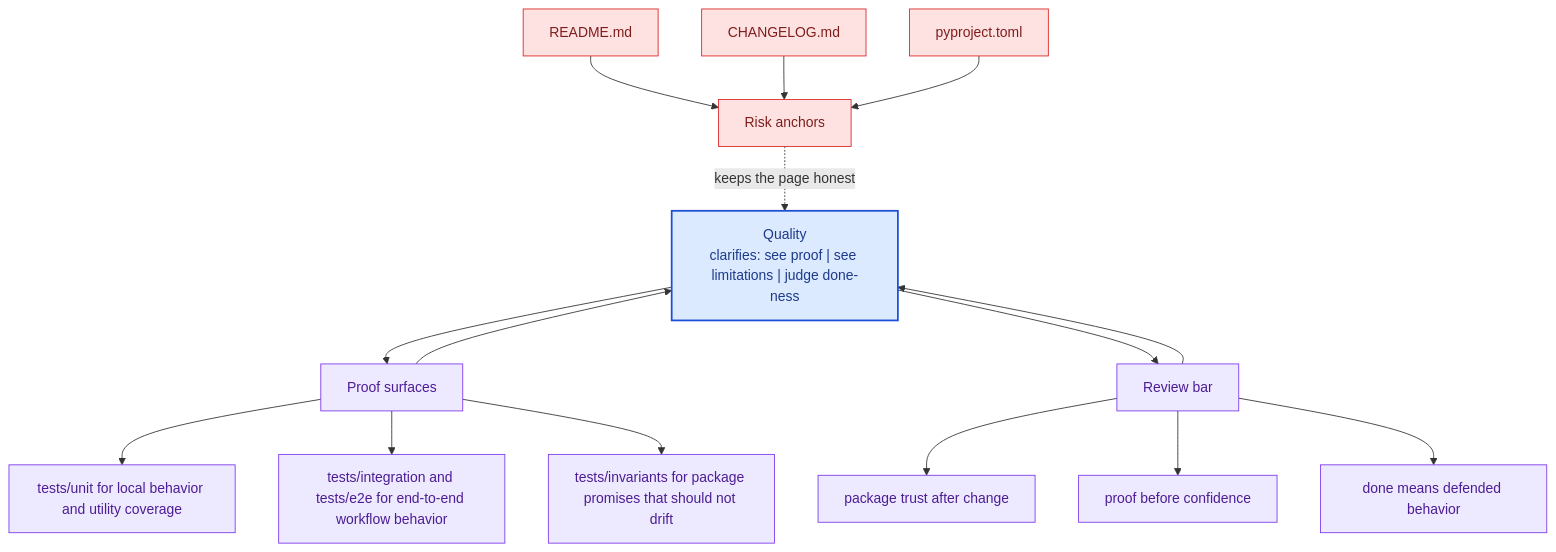
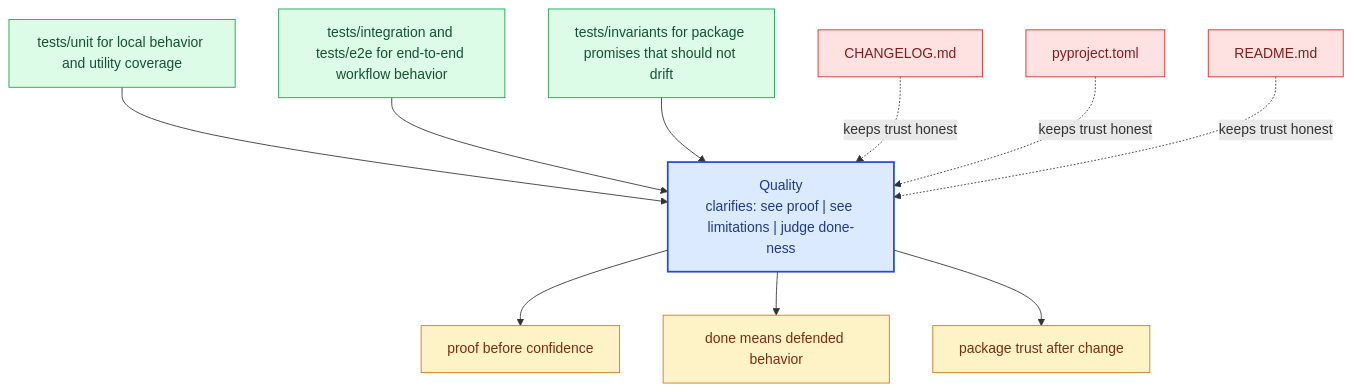
One commit to bijux/bijux-canon changed the diagram in docs/bijux-canon-agent/quality/index.md. Above: the diagram before and after it, drawn with Mermaid. The commit also changed other lines of this file and 281 other files, not shown here.

Commit message:
docs(diagrams): replace repeated mermaid scaffolds with page-specific summaries

````diff
--- a/docs/bijux-canon-agent/quality/index.md
+++ b/docs/bijux-canon-agent/quality/index.md
@@ -65,41 +20,31 @@
 ```mermaid
 flowchart TB
-    promise["Quality<br/>clarifies: see proof | see limitations | judge done-ness"]
-    classDef promise fill:#dbeafe,stroke:#1d4ed8,color:#1e3a8a,stroke-width:2px;
-    classDef driver fill:#dcfce7,stroke:#16a34a,color:#14532d;
-    classDef constraint fill:#fee2e2,stroke:#dc2626,color:#7f1d1d;
-    classDef ground fill:#ede9fe,stroke:#7c3aed,color:#4c1d95;
-    focus1["Proof surfaces"]
-    focus1 --> promise
-    promise --> focus1
-    focus1_1["tests/unit for local behavior and utility coverage"]
-    focus1 --> focus1_1
-    focus1_2["tests/integration and tests/e2e for end-to-end workflow behavior"]
-    focus1 --> focus1_2
-    focus1_3["tests/invariants for package promises that should not drift"]
-    focus1 --> focus1_3
-    class focus1 ground;
-    class focus1_1,focus1_2,focus1_3 ground;
-    focus2["Risk anchors"]
-    focus2 -.keeps the page honest.-> promise
-    focus2_1["README.md"]
-    focus2_1 --> focus2
-    focus2_2["CHANGELOG.md"]
-    focus2_2 --> focus2
-    focus2_3["pyproject.toml"]
-    focus2_3 --> focus2
-    class focus2 constraint;
-    class focus2_1,focus2_2,focus2_3 constraint;
-    focus3["Review bar"]
-    focus3 --> promise
-    promise --> focus3
-    focus3_1["package trust after change"]
-    focus3 --> focus3_1
-    focus3_2["proof before confidence"]
-    focus3 --> focus3_2
-    focus3_3["done means defended behavior"]
-    focus3 --> focus3_3
-    class focus3 ground;
-    class focus3_1,focus3_2,focus3_3 ground;
-    class promise promise;
+    page["Quality<br/>clarifies: see proof | see limitations | judge done-ness"]
+    classDef page fill:#dbeafe,stroke:#1d4ed8,color:#1e3a8a,stroke-width:2px;
+    classDef positive fill:#dcfce7,stroke:#16a34a,color:#14532d;
+    classDef caution fill:#fee2e2,stroke:#dc2626,color:#7f1d1d;
+    classDef anchor fill:#ede9fe,stroke:#7c3aed,color:#4c1d95;
+    classDef action fill:#fef3c7,stroke:#d97706,color:#7c2d12;
+    proof1["tests/unit for local behavior and utility coverage"]
+    proof1 --> page
+    proof2["tests/integration and tests/e2e for end-to-end workflow behavior"]
+    proof2 --> page
+    proof3["tests/invariants for package promises that should not drift"]
+    proof3 --> page
+    risk1["CHANGELOG.md"]
+    risk1 -.keeps trust honest.-> page
+    risk2["pyproject.toml"]
+    risk2 -.keeps trust honest.-> page
+    risk3["README.md"]
+    risk3 -.keeps trust honest.-> page
+    bar1["proof before confidence"]
+    page --> bar1
+    bar2["done means defended behavior"]
+    page --> bar2
+    bar3["package trust after change"]
+    page --> bar3
+    class page page;
+    class proof1,proof2,proof3 positive;
+    class risk1,risk2,risk3 caution;
+    class bar1,bar2,bar3 action;
 ```
````
